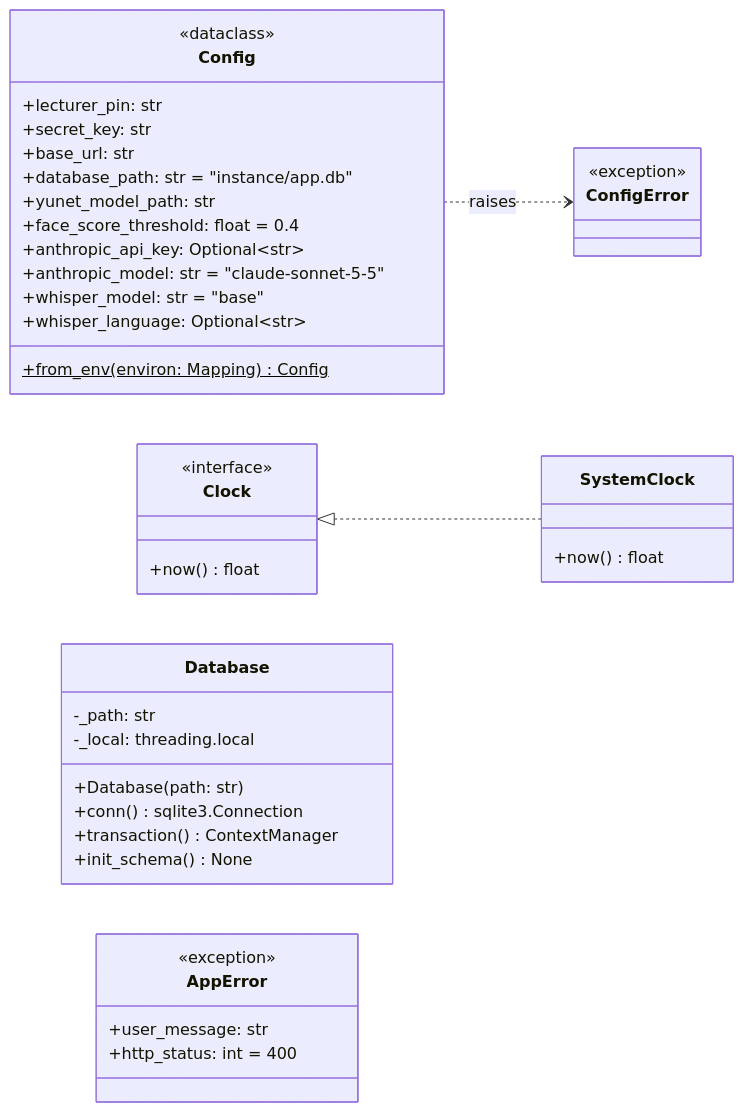
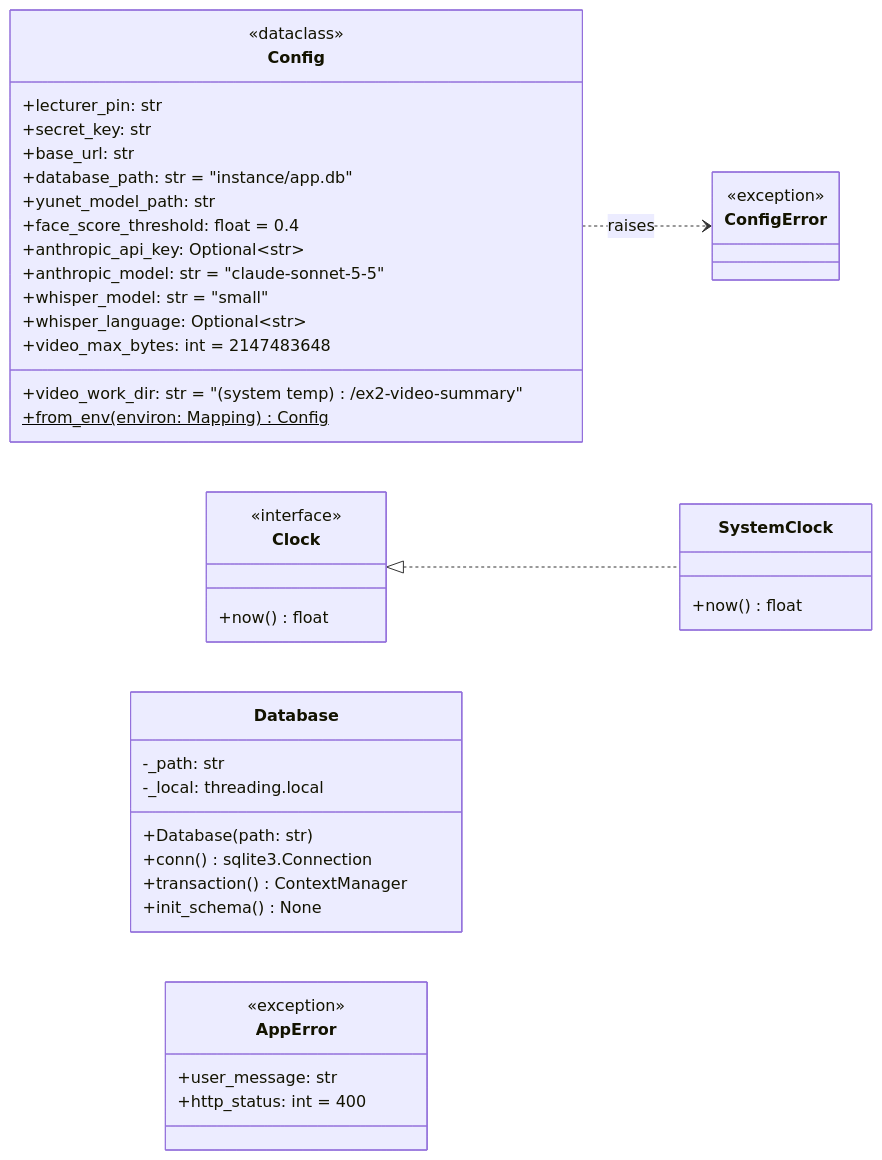
The second of 21 diagrams in docs/design.md (ronsarfati/EX2-Teaching-Tool), drawn with Mermaid before and after one commit. The commit also changed other lines of this file and 31 other files, not shown here.

Commit message:
feat: add the lecture video summary (F4, D34): background ffmpeg + faster-whisper transcription and Claude summary, media deleted after use (T18a-T18e)

````diff
--- a/docs/design.md
+++ b/docs/design.md
@@ -195,43 +226,45 @@
 ```mermaid
 classDiagram
   direction LR
   class Config {
     <<dataclass>>
     +lecturer_pin: str
     +secret_key: str
     +base_url: str
     +database_path: str = "instance/app.db"
     +yunet_model_path: str
     +face_score_threshold: float = 0.4
     +anthropic_api_key: Optional~str~
     +anthropic_model: str = "claude-sonnet-5-5"
-    +whisper_model: str = "base"
+    +whisper_model: str = "small"
     +whisper_language: Optional~str~
+    +video_max_bytes: int = 2147483648
+    +video_work_dir: str = "(system temp)/ex2-video-summary"
     +from_env(environ: Mapping) Config$
   }
   class Clock {
     <<interface>>
     +now() float
   }
   class SystemClock {
     +now() float
   }
   class Database {
     -_path: str
     -_local: threading.local
     +Database(path: str)
     +conn() sqlite3.Connection
     +transaction() ContextManager
     +init_schema() None
   }
   class AppError {
     <<exception>>
     +user_message: str
     +http_status: int = 400
   }
   class ConfigError {
     <<exception>>
   }
   Clock <|.. SystemClock
   Config ..> ConfigError : raises
 ```
````
